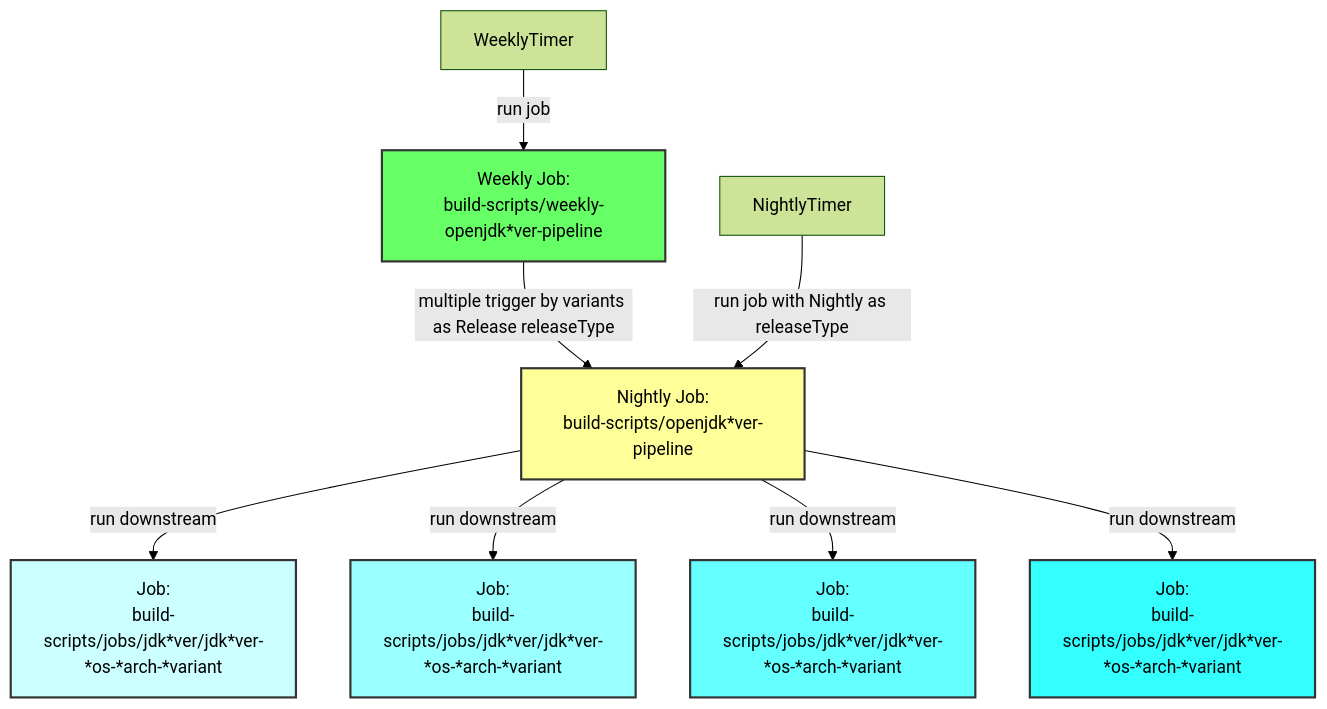
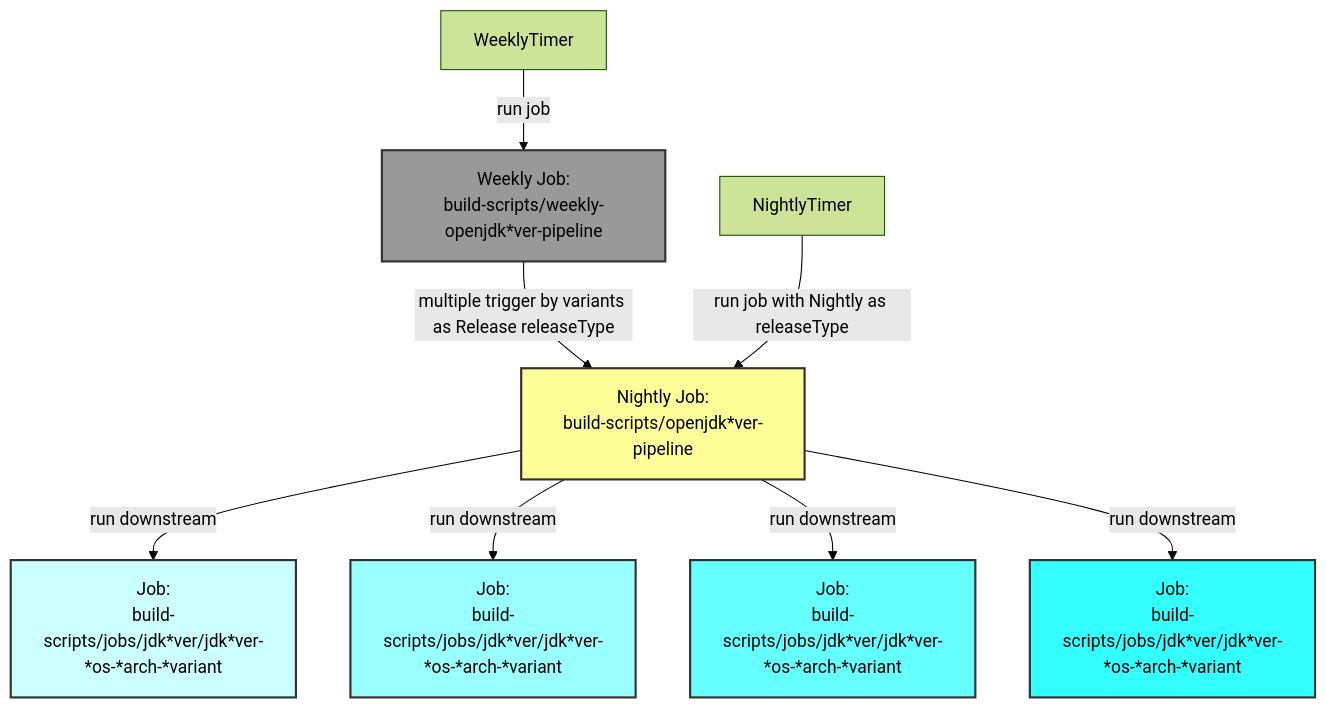
Before and after one commit to adoptium/ci-jenkins-pipelines: the first of 9 diagrams in docs/diagram.md, drawn with Mermaid (forest theme). The commit also changed other lines of this file, not shown here.

````diff
--- a/docs/diagram.md
+++ b/docs/diagram.md
@@ -5,27 +5,29 @@
 ```mermaid
 
 flowchart TD
 
 WeeklyTimer --run job--> PipelineW["Weekly Job:\nbuild-scripts/weekly-openjdk*ver-pipeline"]
+
 PipelineW --multiple trigger by variants as Release releaseType--> PipelineN["Nightly Job:\nbuild-scripts/openjdk*ver-pipeline"]
 
 NightlyTimer --run job with Nightly as releaseType--> PipelineN
 
 PipelineN --run downstream--> DS1["Job:\nbuild-scripts/jobs/jdk*ver/jdk*ver-*os-*arch-*variant"]
 PipelineN --run downstream--> DS2["Job:\nbuild-scripts/jobs/jdk*ver/jdk*ver-*os-*arch-*variant"]
 PipelineN --run downstream --> DS3["Job:\nbuild-scripts/jobs/jdk*ver/jdk*ver-*os-*arch-*variant"]
 PipelineN --run downstream --> DS12["Job:\nbuild-scripts/jobs/jdk*ver/jdk*ver-*os-*arch-*variant"]
 
 classDef yellow fill:#ffff99,stroke:#333,stroke-width:2px
-classDef green fill:#66ff66,stroke:#333,stroke-width:2px
+classDef grey fill:#999999,stroke:#333,stroke-width:2px
 classDef c1 fill:#ccffff,stroke:#333,stroke-width:2px
 classDef c2 fill:#99ffff,stroke:#333,stroke-width:2px
 classDef c3 fill:#66ffff,stroke:#333,stroke-width:2px
 classDef c12 fill:#33ffff,stroke:#333,stroke-width:2px
-class PipelineW green
+class PipelineW grey
 class PipelineN yellow
 class DS1 c1
 class DS2 c2
 class DS3 c3
 class DS12 c12
+
 ```
````
